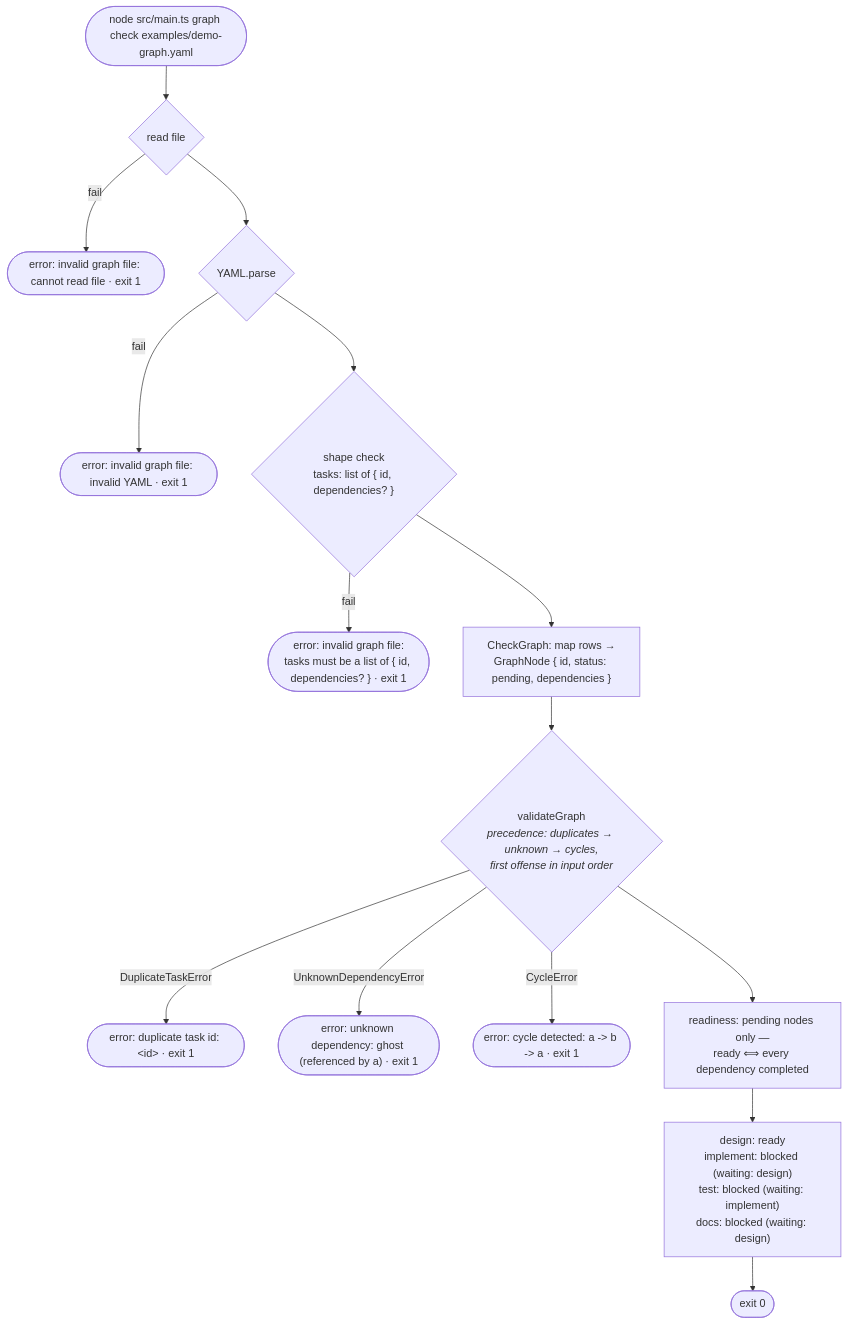
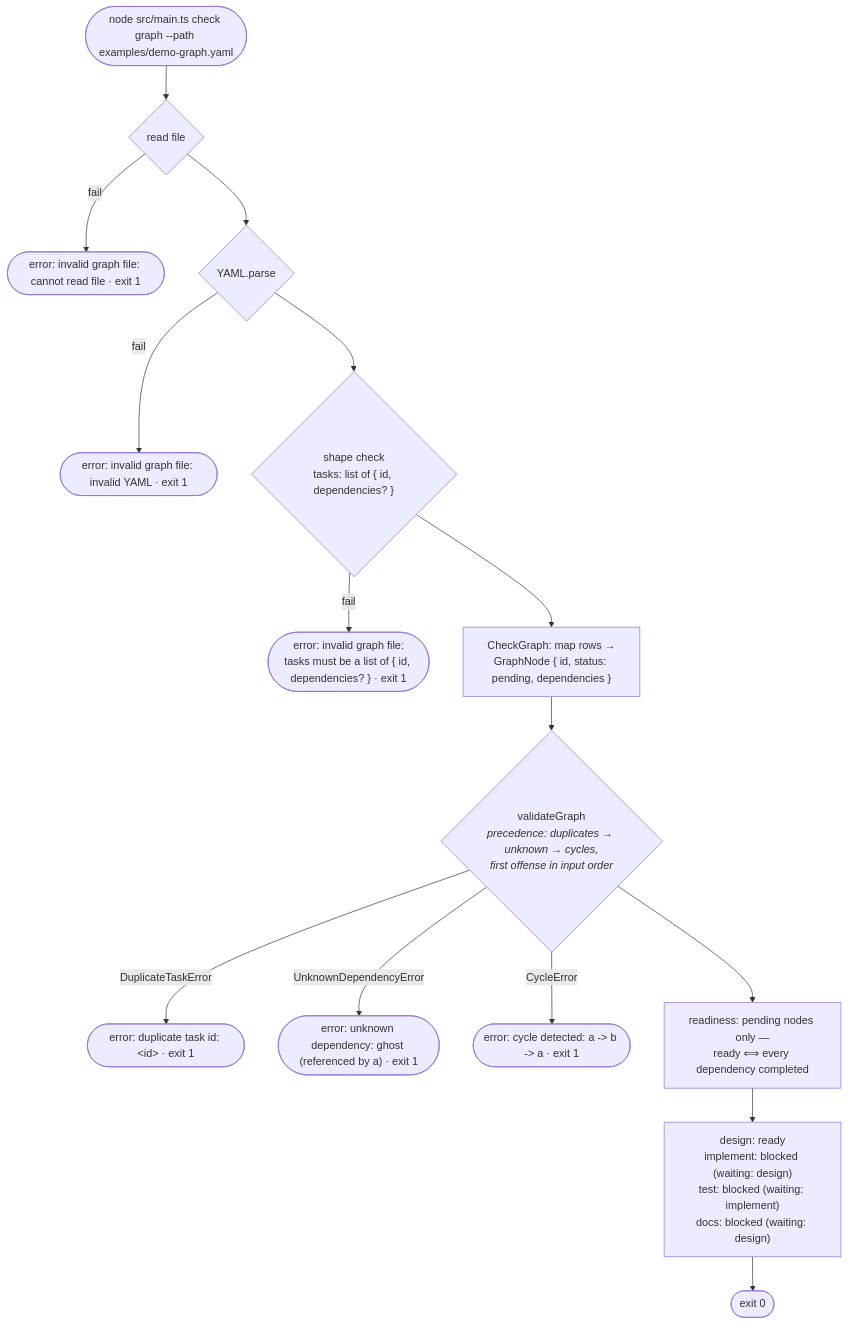
One commit to kanthorlabs/kanthord changed the fourth of 4 diagrams in docs/flowchart/002.md. Above: the diagram before and after it, drawn with Mermaid. The commit also changed other lines of this file and 23 other files, not shown here.

First line of the commit message:
docs: author EPIC 004 story/task list + flowchart; add insert/re-arrange, verb-first CLI grammar

````diff
--- a/docs/flowchart/002.md
+++ b/docs/flowchart/002.md
@@ -106,17 +106,17 @@
 ```mermaid
 flowchart TD
-    START(["node src/main.ts graph check examples/demo-graph.yaml"]) --> READ{"read file"}
+    START(["node src/main.ts check graph --path examples/demo-graph.yaml"]) --> READ{"read file"}
     READ -->|fail| E1(["error: invalid graph file: cannot read file · exit 1"])
     READ --> PARSE{"YAML.parse"}
     PARSE -->|fail| E2(["error: invalid graph file: invalid YAML · exit 1"])
     PARSE --> SHAPE{"shape check<br/>tasks: list of { id, dependencies? }"}
     SHAPE -->|fail| E3(["error: invalid graph file:<br/>tasks must be a list of { id, dependencies? } · exit 1"])
     SHAPE --> MAP["CheckGraph: map rows →<br/>GraphNode { id, status: pending, dependencies }"]
     MAP --> VAL{"validateGraph<br/><i>precedence: duplicates → unknown → cycles,<br/>first offense in input order</i>"}
     VAL -->|DuplicateTaskError| E4(["error: duplicate task id: &lt;id&gt; · exit 1"])
     VAL -->|UnknownDependencyError| E5(["error: unknown dependency: ghost (referenced by a) · exit 1"])
     VAL -->|CycleError| E6(["error: cycle detected: a -> b -> a · exit 1"])
     VAL --> RDY["readiness: pending nodes only —<br/>ready ⟺ every dependency completed"]
     RDY --> OUT["design: ready<br/>implement: blocked (waiting: design)<br/>test: blocked (waiting: implement)<br/>docs: blocked (waiting: design)"]
     OUT --> EXIT(["exit 0"])
 ```
````
